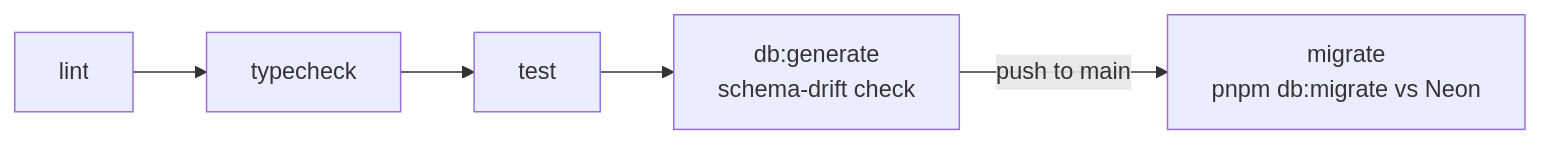
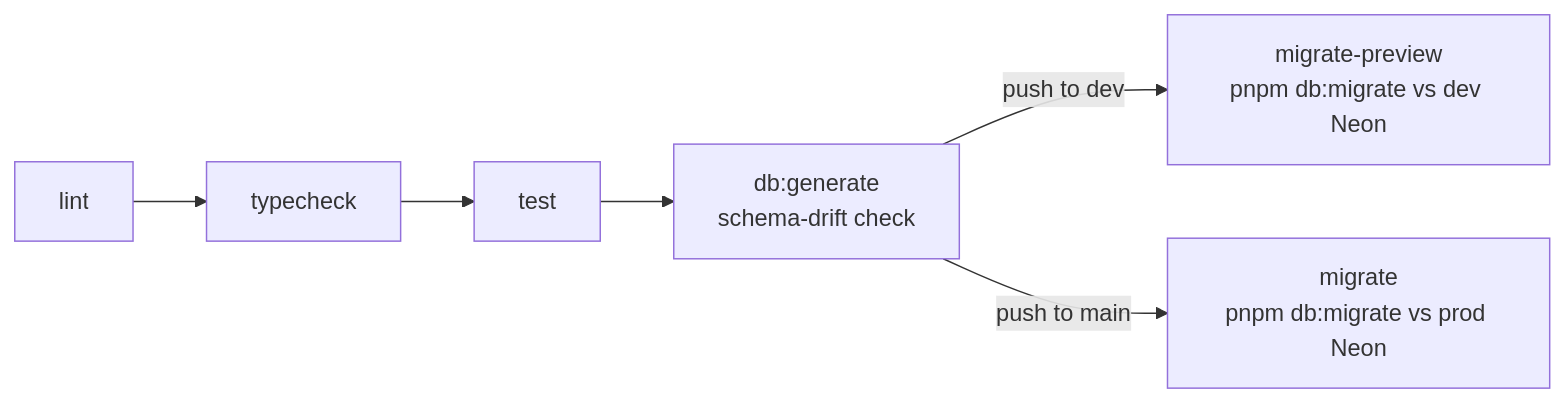
One commit to oncloudnintynineone-source/cloudy2 changed the first of 2 diagrams in docs/developer-guide.md. Above: the diagram before and after it, drawn with Mermaid. The commit also changed other lines of this file, not shown here.

Commit message:
Document dev-first workflow and preview verification in the developer guide

````diff
--- a/docs/developer-guide.md
+++ b/docs/developer-guide.md
@@ -140,5 +141,6 @@
 ```mermaid
 flowchart LR
     A[lint] --> B[typecheck] --> C[test] --> D[db:generate<br/>schema-drift check]
-    D -- "push to main" --> E[migrate<br/>pnpm db:migrate vs Neon]
+    D -- "push to dev" --> E[migrate-preview<br/>pnpm db:migrate vs dev Neon]
+    D -- "push to main" --> F[migrate<br/>pnpm db:migrate vs prod Neon]
 ```
````
